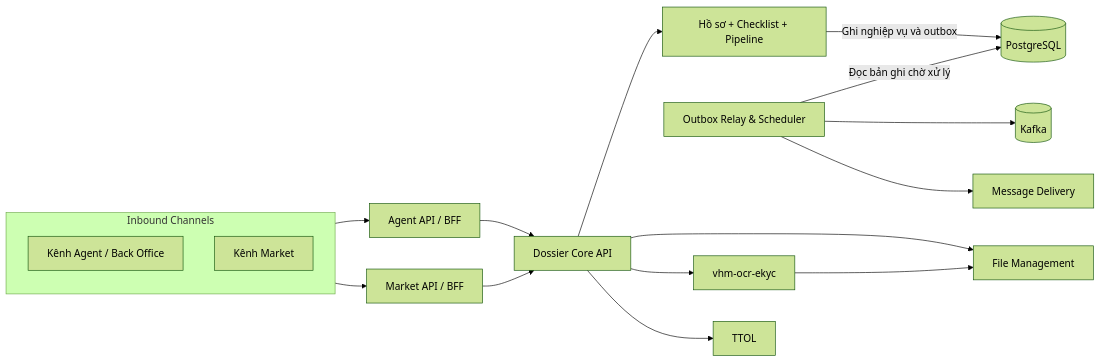
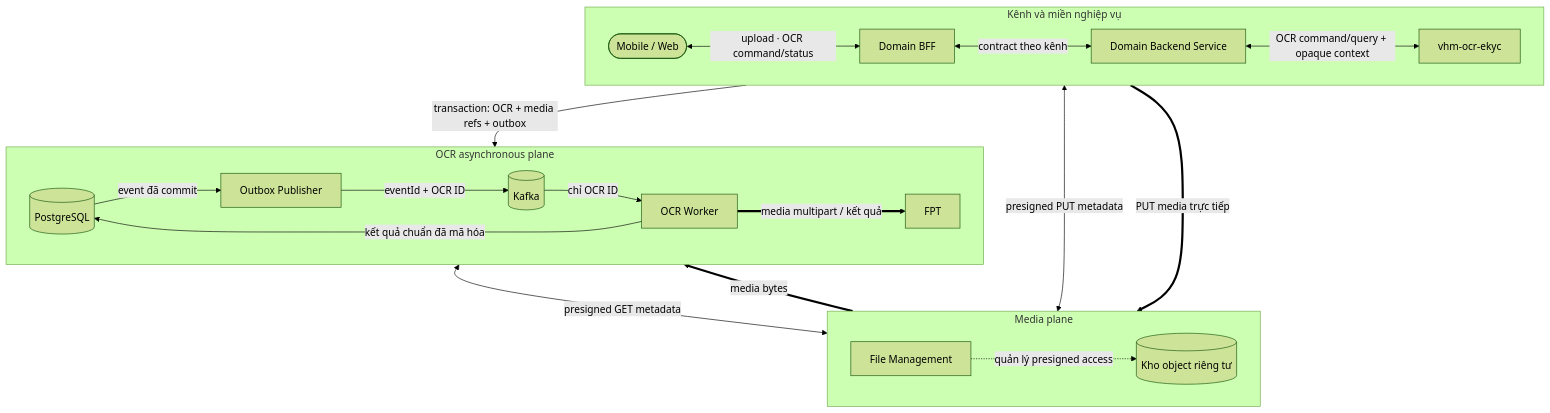
One commit to huynv-xyz/vhm changed the sixth of 12 diagrams in tdd-dossier.md. Above: the diagram before and after it, drawn with Mermaid (forest theme). The commit also changed other lines of this file, not shown here.

````diff
--- a/tdd-dossier.md
+++ b/tdd-dossier.md
@@ -215,21 +890,42 @@
 ```mermaid
-flowchart LR
-    subgraph Channels[Inbound Channels]
-        direction TB
-        AgentChannel[Kênh Agent / Back Office]
-        MarketChannel[Kênh Market]
+flowchart TB
+    subgraph CHANNEL_DOMAIN[Kênh và miền nghiệp vụ]
+        direction LR
+        CHANNEL([Mobile / Web])
+        BFF[Domain BFF]
+        DOMAIN[Domain Backend Service]
+        API[vhm-ocr-ekyc]
+
+        CHANNEL <-->|upload · OCR command/status| BFF
+        BFF <-->|contract theo kênh| DOMAIN
+        DOMAIN <-->|OCR command/query + opaque context| API
     end
-    AgentChannel --> AgentAPI[Agent API / BFF]
-    MarketChannel --> MarketAPI[Market API / BFF]
-    AgentAPI --> API[Dossier Core API]
-    MarketAPI --> API
-    API --> Domain[Hồ sơ + Checklist + Pipeline]
-    Domain -->|Ghi nghiệp vụ và outbox| DB[(PostgreSQL)]
-    Relay[Outbox Relay & Scheduler] -->|Đọc bản ghi chờ xử lý| DB
-    Relay --> Kafka[(Kafka)]
-    Relay --> Message[Message Delivery]
-    API --> File[File Management]
-    API --> OCR[vhm-ocr-ekyc]
-    OCR --> File
-    API --> Enterprise[TTOL]
+
+    subgraph MEDIA[Media plane]
+        direction LR
+        FILE[File Management]
+        STORAGE[(Kho object riêng tư)]
+        FILE -.->|quản lý presigned access| STORAGE
+    end
+
+    subgraph ASYNC[OCR asynchronous plane]
+        direction LR
+        DB[(PostgreSQL)]
+        OUTBOX[Outbox Publisher]
+        KAFKA[(Kafka)]
+        WORKER[OCR Worker]
+        PROVIDER[FPT]
+
+        DB -->|event đã commit| OUTBOX
+        OUTBOX -->|eventId + OCR ID| KAFKA
+        KAFKA -->|chỉ OCR ID| WORKER
+        WORKER ==>|media multipart / kết quả| PROVIDER
+    end
+
+    API <-->|presigned PUT metadata| FILE
+    CHANNEL ==>|PUT media trực tiếp| STORAGE
+    API -->|transaction: OCR + media refs + outbox| DB
+    WORKER <-->|presigned GET metadata| FILE
+    STORAGE ==>|media bytes| WORKER
+    WORKER -->|kết quả chuẩn đã mã hóa| DB
 ```
````
